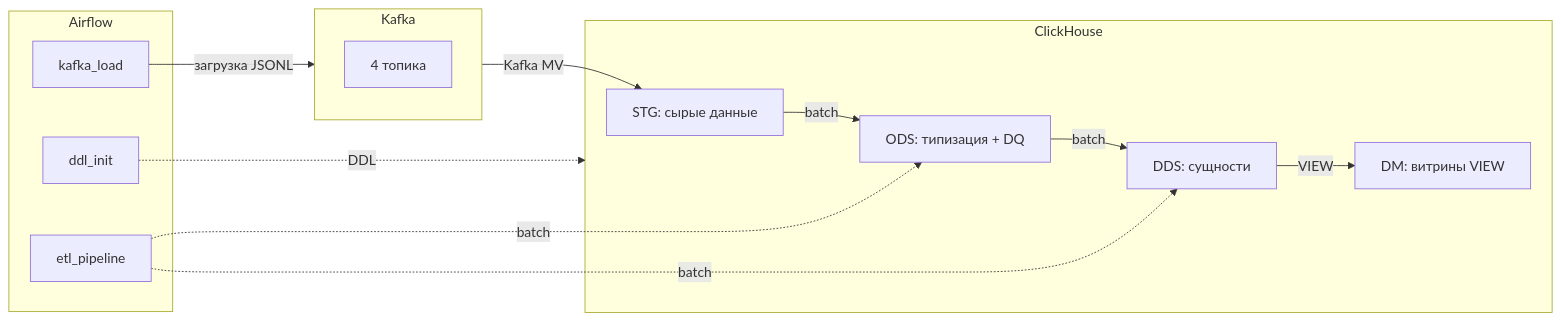
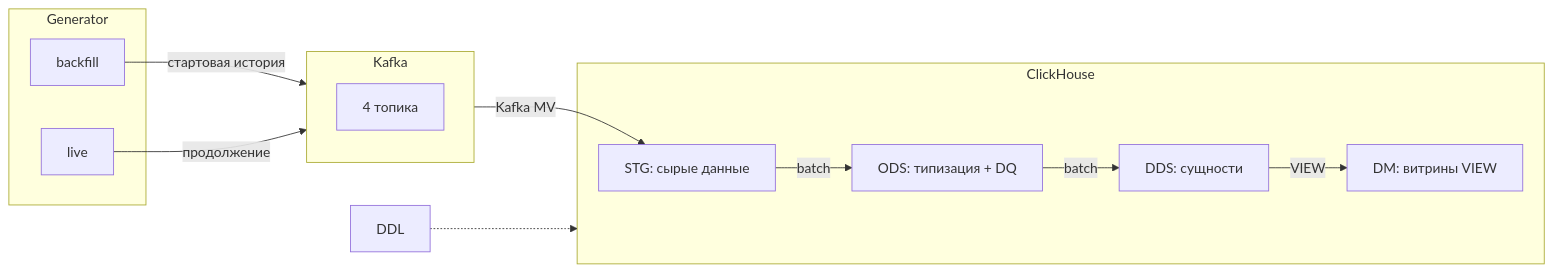
One commit to dementev-dev/clickstream-ch-kafka-superset-demo changed the diagram in README.md. Above: the diagram before and after it, drawn with Mermaid. The commit also changed other lines of this file and 10 other files, not shown here.

````diff
--- a/README.md
+++ b/README.md
@@ -86,25 +81,25 @@
 ```mermaid
 flowchart LR
-    subgraph AF["Airflow"]
-        D1["ddl_init"]
-        D2["kafka_load"]
-        D3["etl_pipeline"]
+    subgraph GEN["Generator"]
+        BF["backfill"]
+        LIVE["live"]
     end
 
     subgraph Kafka["Kafka"]
         Topics[4 топика]
     end
 
     subgraph CH["ClickHouse"]
         STG["STG: сырые данные"]
         ODS["ODS: типизация + DQ"]
         DDS["DDS: сущности"]
         DM["DM: витрины VIEW"]
     end
 
-    D2 -->|загрузка JSONL| Kafka -->|Kafka MV| STG
+    BF -->|стартовая история| Kafka
+    LIVE -->|продолжение| Kafka
+    Kafka -->|Kafka MV| STG
     STG -->|batch| ODS -->|batch| DDS -->|VIEW| DM
 
-    D1 -.->|DDL| CH
-    D3 -.->|batch| ODS & DDS
+    DDL["DDL"] -.-> CH
 ```
````
